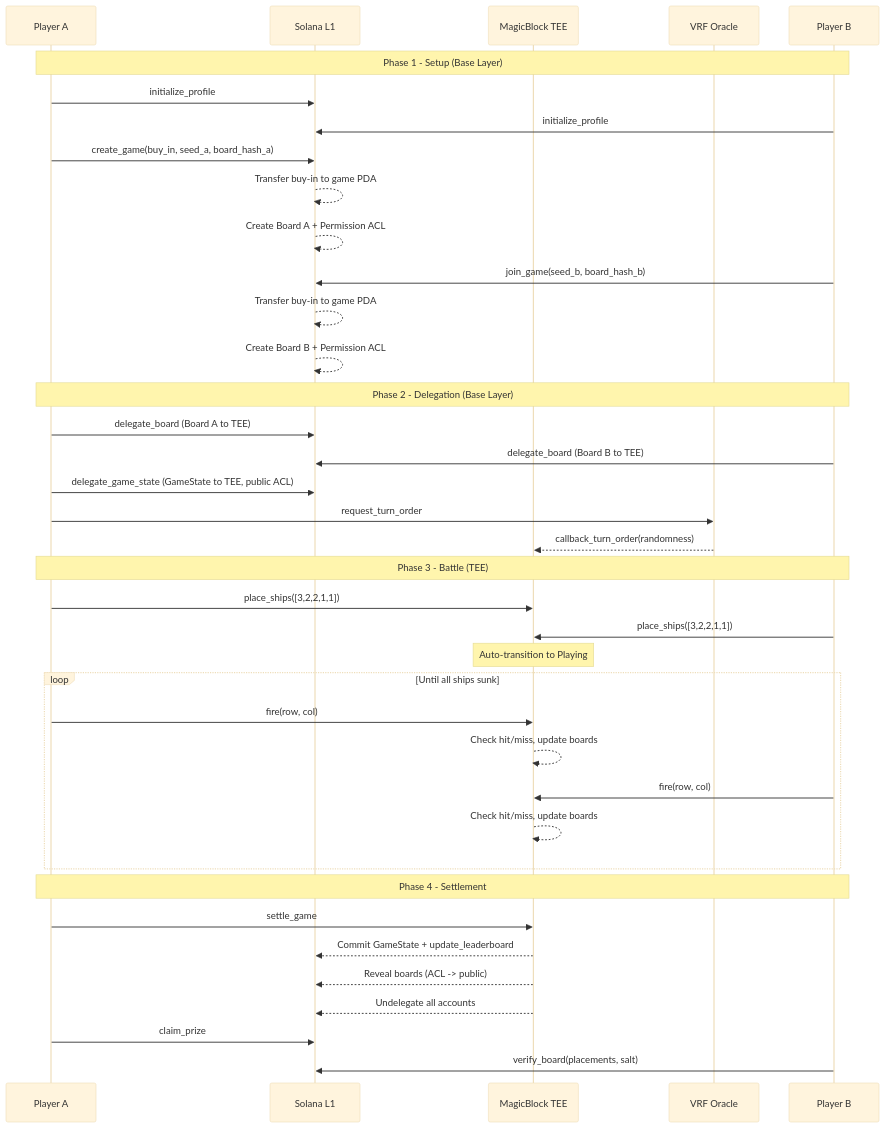
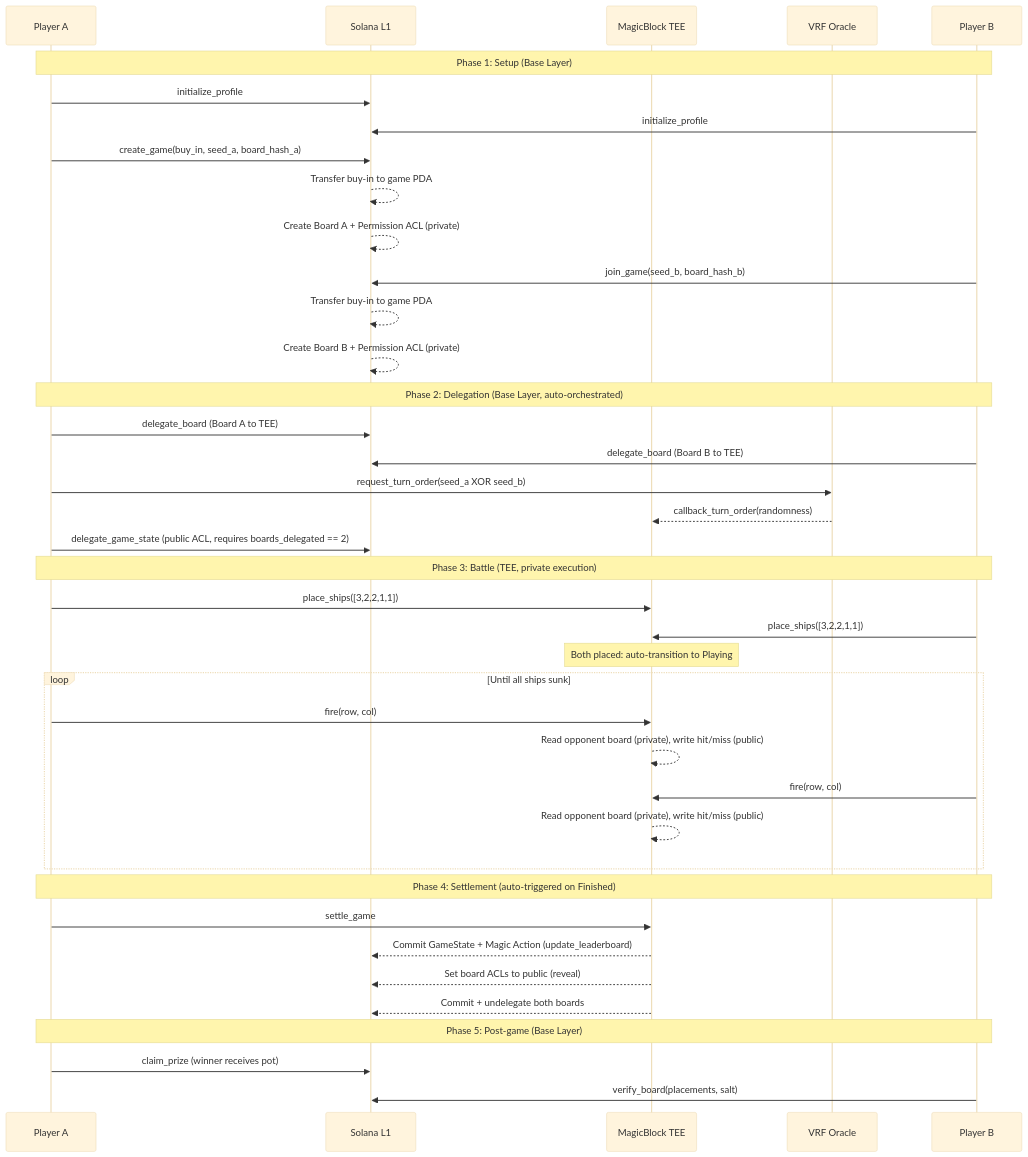
The second of 10 diagrams in ARCHITECTURE.md (Andy00L/private-battleship), drawn with Mermaid (base theme) before and after one commit. The commit also changed other lines of this file and 3 other files, not shown here.

````diff
--- a/ARCHITECTURE.md
+++ b/ARCHITECTURE.md
@@ -83,45 +86,47 @@
 ```mermaid
 sequenceDiagram
     participant A as Player A
     participant L1 as Solana L1
     participant TEE as MagicBlock TEE
     participant VRF as VRF Oracle
     participant B as Player B
 
-    Note over A,B: Phase 1 - Setup (Base Layer)
+    Note over A,B: Phase 1: Setup (Base Layer)
     A->>L1: initialize_profile
     B->>L1: initialize_profile
     A->>L1: create_game(buy_in, seed_a, board_hash_a)
     L1-->>L1: Transfer buy-in to game PDA
-    L1-->>L1: Create Board A + Permission ACL
+    L1-->>L1: Create Board A + Permission ACL (private)
     B->>L1: join_game(seed_b, board_hash_b)
     L1-->>L1: Transfer buy-in to game PDA
-    L1-->>L1: Create Board B + Permission ACL
+    L1-->>L1: Create Board B + Permission ACL (private)
 
-    Note over A,B: Phase 2 - Delegation (Base Layer)
+    Note over A,B: Phase 2: Delegation (Base Layer, auto-orchestrated)
     A->>L1: delegate_board (Board A to TEE)
     B->>L1: delegate_board (Board B to TEE)
-    A->>L1: delegate_game_state (GameState to TEE, public ACL)
-    A->>VRF: request_turn_order
+    A->>VRF: request_turn_order(seed_a XOR seed_b)
     VRF-->>TEE: callback_turn_order(randomness)
+    A->>L1: delegate_game_state (public ACL, requires boards_delegated == 2)
 
-    Note over A,B: Phase 3 - Battle (TEE)
+    Note over A,B: Phase 3: Battle (TEE, private execution)
     A->>TEE: place_ships([3,2,2,1,1])
     B->>TEE: place_ships([3,2,2,1,1])
-    Note over TEE: Auto-transition to Playing
+    Note over TEE: Both placed: auto-transition to Playing
 
     loop Until all ships sunk
         A->>TEE: fire(row, col)
-        TEE-->>TEE: Check hit/miss, update boards
+        TEE-->>TEE: Read opponent board (private), write hit/miss (public)
         B->>TEE: fire(row, col)
-        TEE-->>TEE: Check hit/miss, update boards
+        TEE-->>TEE: Read opponent board (private), write hit/miss (public)
     end
 
-    Note over A,B: Phase 4 - Settlement
+    Note over A,B: Phase 4: Settlement (auto-triggered on Finished)
     A->>TEE: settle_game
-    TEE-->>L1: Commit GameState + update_leaderboard
-    TEE-->>L1: Reveal boards (ACL -> public)
-    TEE-->>L1: Undelegate all accounts
-    A->>L1: claim_prize
+    TEE-->>L1: Commit GameState + Magic Action (update_leaderboard)
+    TEE-->>L1: Set board ACLs to public (reveal)
+    TEE-->>L1: Commit + undelegate both boards
+
+    Note over A,B: Phase 5: Post-game (Base Layer)
+    A->>L1: claim_prize (winner receives pot)
     B->>L1: verify_board(placements, salt)
 ```
````
